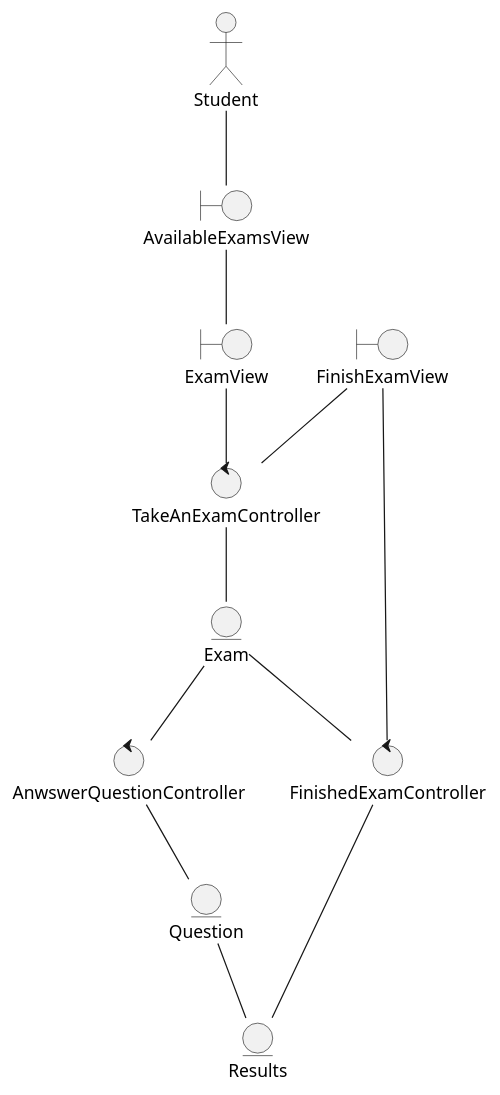
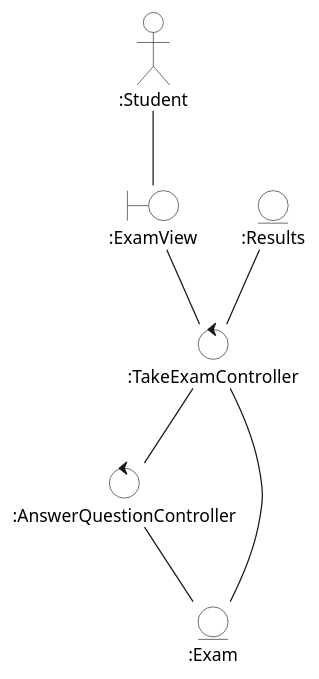
The diagram in docs/logicalView/analysisView/useCaseAnalysis/DiagramaClasesDeAnalisis.plantuml (Carverz/IS-022023_Proyecto-Grupo-4), drawn with PlantUML before and after one commit. The commit also changed 5 other files, not shown here.

Commit message:
Cambios en diagramas de analisis y colaboracion de presentar examen

```diff
--- a/docs/logicalView/analysisView/useCaseAnalysis/DiagramaClasesDeAnalisis.plantuml
+++ b/docs/logicalView/analysisView/useCaseAnalysis/DiagramaClasesDeAnalisis.plantuml
@@ -1,27 +1,28 @@
-@startuml DiagramaDeClasesDeAnalisis
-hide footbox
-hide link
-Actor Student
-boundary AvailableExamsView
-boundary ExamView
-boundary "FinishExamView" as EndExamView
-entity Exam
-entity Results
-entity Question
-control "FinishedExamController" as EndExamController
-control "TakeAnExamController" as PresentExamContoller
-control AnwswerQuestionController
+@startuml DiagramaColaboracionPresentarExamen
+skinparam EntityBackgroundColor white
+skinparam BoundaryBackgroundColor white
+skinparam ControlBackgroundColor white
+skinparam ActorBackgroundColor white
+skinparam noteBackgroundColor transparent
+skinparam noteBorderColor transparent
+hide members
+top to bottom direction
 
-Student  -- AvailableExamsView
-AvailableExamsView -- ExamView
-Exam -- EndExamController
-Question -- Results
-EndExamView -- PresentExamContoller
-EndExamView -- EndExamController
-EndExamController -- Results
-ExamView -- PresentExamContoller
-Exam -- AnwswerQuestionController
-AnwswerQuestionController -- Question
-PresentExamContoller -- Exam
+actor ":Student" as estudiante
+
+control ":TakeExamController" as presentar
+control ":AnswerQuestionController" as Responder
+entity ":Exam" as Examen
+boundary ":ExamView" as Ver
+Entity ":Results" as Resultado
+
+estudiante -- Ver
+Ver -- presentar
+presentar -- Examen
+presentar -- Responder
+Responder -- Examen
+Resultado --  presentar
+
+
 
 @enduml
```
